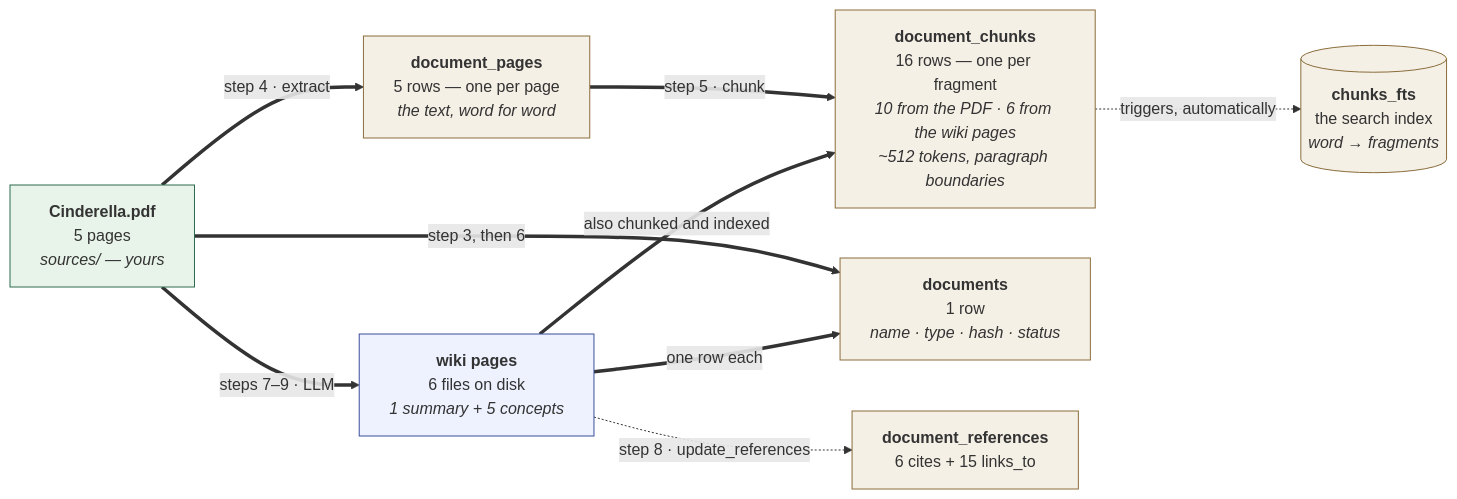
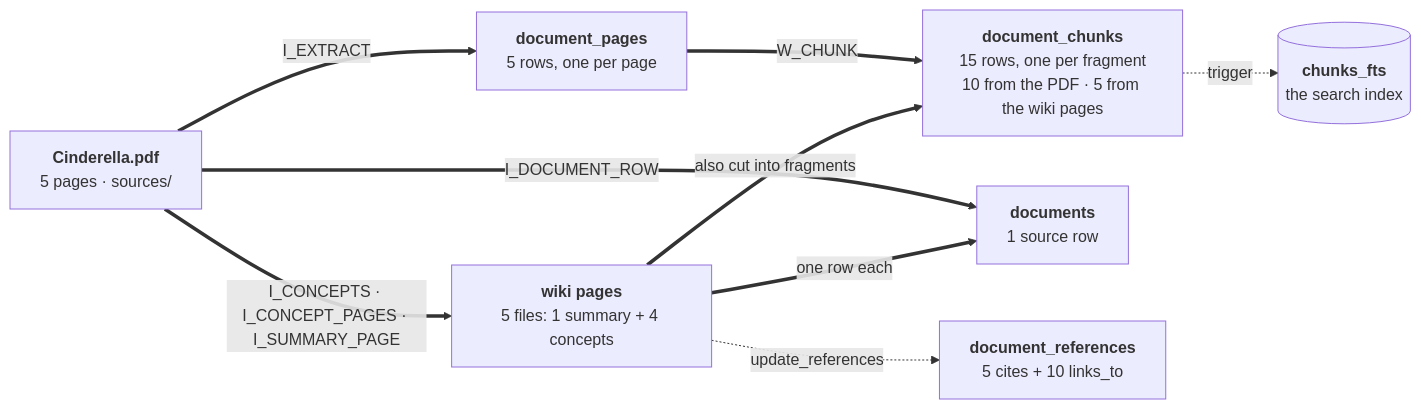
One commit to Clod/llmwiki-marimo changed the second of 3 diagrams in docs/ingestion_walkthrough.md. Above: the diagram before and after it, drawn with Mermaid. The commit also changed other lines of this file and 4 other files, not shown here.

````diff
--- a/docs/ingestion_walkthrough.md
+++ b/docs/ingestion_walkthrough.md
@@ -690,22 +425,12 @@
 ```mermaid
 flowchart LR
-    PDF["<b>Cinderella.pdf</b><br/>5 pages<br/><i>sources/ — yours</i>"]
-
-    PDF ==>|"step 4 · extract"| PAGES["<b>document_pages</b><br/>5 rows — one per page<br/><i>the text, word for word</i>"]
-    PAGES ==>|"step 5 · chunk"| CH["<b>document_chunks</b><br/>16 rows — one per fragment<br/><i>10 from the PDF · 6 from the wiki pages</i><br/><i>~512 tokens, paragraph boundaries</i>"]
-    CH -.->|"triggers, automatically"| FTS[("<b>chunks_fts</b><br/>the search index<br/><i>word → fragments</i>")]
-    PDF ==>|"step 3, then 6"| DOC["<b>documents</b><br/>1 row<br/><i>name · type · hash · status</i>"]
-
-    PDF ==>|"steps 7–9 · LLM"| WP["<b>wiki pages</b><br/>6 files on disk<br/><i>1 summary + 5 concepts</i>"]
-    WP ==>|"also chunked and indexed"| CH
+    PDF["<b>Cinderella.pdf</b><br/>5 pages · sources/"]
+    PDF ==>|"I_EXTRACT"| PAGES["<b>document_pages</b><br/>5 rows, one per page"]
+    PAGES ==>|"W_CHUNK"| CH["<b>document_chunks</b><br/>15 rows, one per fragment<br/>10 from the PDF · 5 from the wiki pages"]
+    CH -.->|"trigger"| FTS[("<b>chunks_fts</b><br/>the search index")]
+    PDF ==>|"I_DOCUMENT_ROW"| DOC["<b>documents</b><br/>1 source row"]
+    PDF ==>|"I_CONCEPTS · I_CONCEPT_PAGES · I_SUMMARY_PAGE"| WP["<b>wiki pages</b><br/>5 files: 1 summary + 4 concepts"]
+    WP ==>|"also cut into fragments"| CH
     WP ==>|"one row each"| DOC
-    WP -.->|"step 8 · update_references"| REF["<b>document_references</b><br/>6 cites + 15 links_to"]
-
-    style PDF fill:#e8f4ea,stroke:#2d6a4f
-    style WP fill:#eef2ff,stroke:#3b4d9b
-    style DOC fill:#f5f0e6,stroke:#8a6d3b
-    style PAGES fill:#f5f0e6,stroke:#8a6d3b
-    style CH fill:#f5f0e6,stroke:#8a6d3b
-    style REF fill:#f5f0e6,stroke:#8a6d3b
-    style FTS fill:#f5f0e6,stroke:#8a6d3b
+    WP -.->|"update_references"| REF["<b>document_references</b><br/>5 cites + 10 links_to"]
 ```
````
